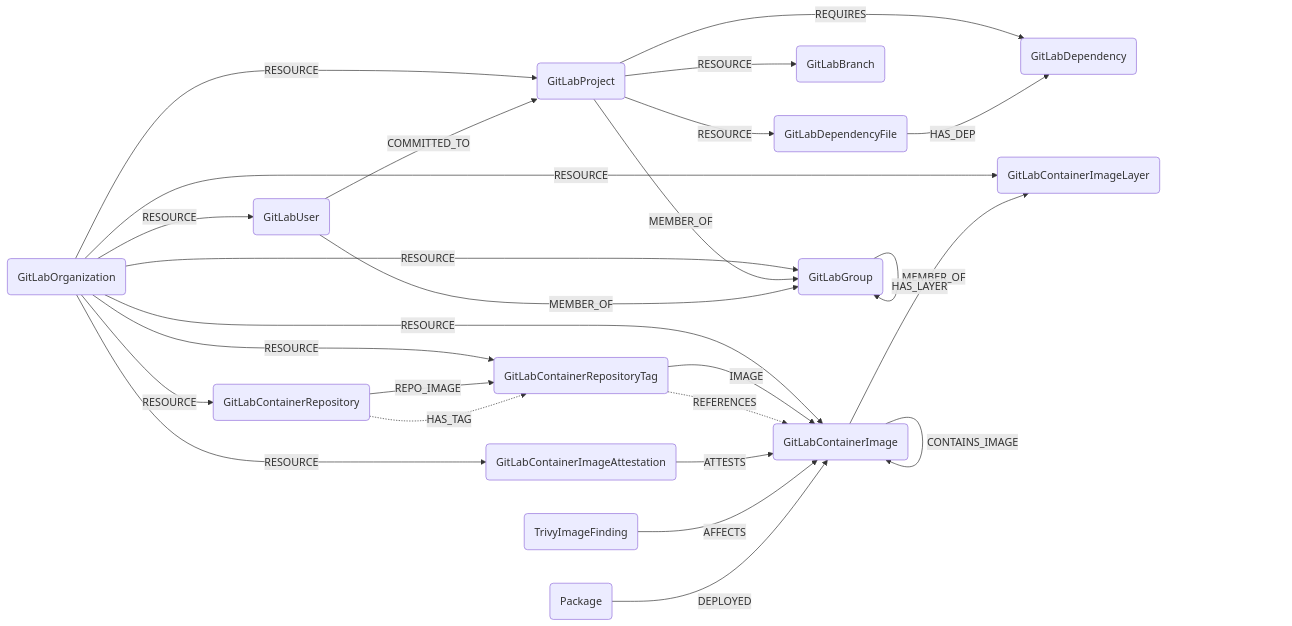
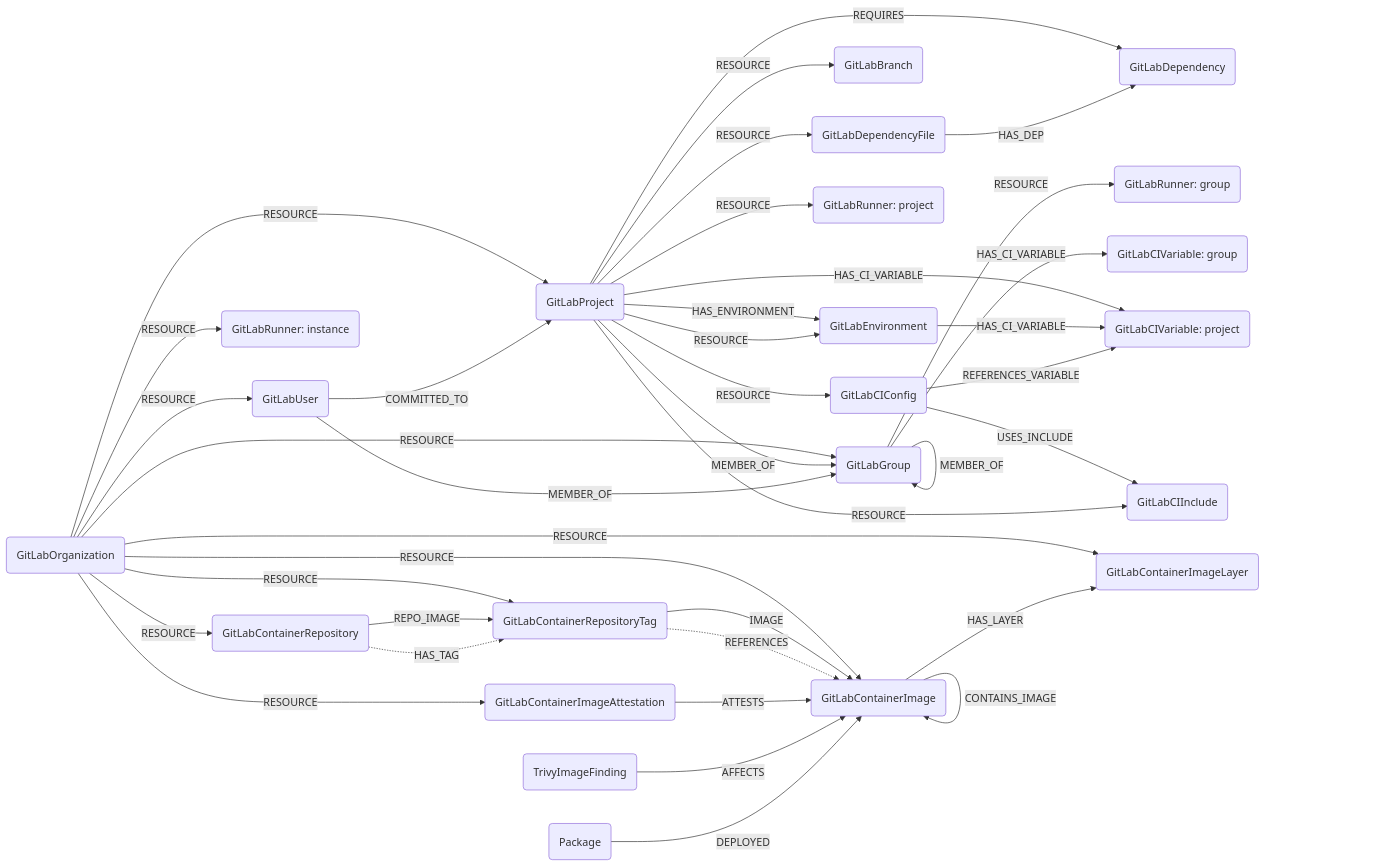
The diagram in docs/root/modules/gitlab/schema.md (sec-js/cartography), drawn with Mermaid before and after one commit. The commit also changed other lines of this file and 25 other files, not shown here.

First line of the commit message:
feat(gitlab): ingest CI/CD runners, variables, environments, and pipelines config (#2714)

````diff
--- a/docs/root/modules/gitlab/schema.md
+++ b/docs/root/modules/gitlab/schema.md
@@ -3,33 +3,53 @@
 ```mermaid
 graph LR
 
 O(GitLabOrganization) -- RESOURCE --> G(GitLabGroup)
 O -- RESOURCE --> P(GitLabProject)
 O -- RESOURCE --> U(GitLabUser)
 G -- MEMBER_OF --> G
 P -- MEMBER_OF --> G
 U -- MEMBER_OF --> G
 U -- COMMITTED_TO --> P
 P -- RESOURCE --> B(GitLabBranch)
 P -- RESOURCE --> DF(GitLabDependencyFile)
 P -- REQUIRES --> D(GitLabDependency)
 DF -- HAS_DEP --> D
+
+%% CI/CD Runners
+O -- RESOURCE --> R_I(GitLabRunner: instance)
+G -- RESOURCE --> R_G(GitLabRunner: group)
+P -- RESOURCE --> R_P(GitLabRunner: project)
+
+%% CI/CD Variables
+G -- HAS_CI_VARIABLE --> CV_G(GitLabCIVariable: group)
+P -- HAS_CI_VARIABLE --> CV_P(GitLabCIVariable: project)
+
+%% Environments
+P -- HAS_ENVIRONMENT --> E(GitLabEnvironment)
+P -- RESOURCE --> E
+E -- HAS_CI_VARIABLE --> CV_P
+
+%% CI/CD Config (.gitlab-ci.yml)
+P -- RESOURCE --> CC(GitLabCIConfig)
+CC -- USES_INCLUDE --> CI_INC(GitLabCIInclude)
+P -- RESOURCE --> CI_INC
+CC -- REFERENCES_VARIABLE --> CV_P
 
 %% Container Registry
 O -- RESOURCE --> CR(GitLabContainerRepository)
 O -- RESOURCE --> CI(GitLabContainerImage)
 O -- RESOURCE --> CIL(GitLabContainerImageLayer)
 O -- RESOURCE --> CT(GitLabContainerRepositoryTag)
 O -- RESOURCE --> CA(GitLabContainerImageAttestation)
 CR -- REPO_IMAGE --> CT
 CR -. HAS_TAG .-> CT
 CT -- IMAGE --> CI
 CT -. REFERENCES .-> CI
 CI -- CONTAINS_IMAGE --> CI
 CI -- HAS_LAYER --> CIL
 CA -- ATTESTS --> CI
 
 %% Trivy Vulnerability Scanning
 TIF(TrivyImageFinding) -- AFFECTS --> CI
 PKG(Package) -- DEPLOYED --> CI
 ```
````
